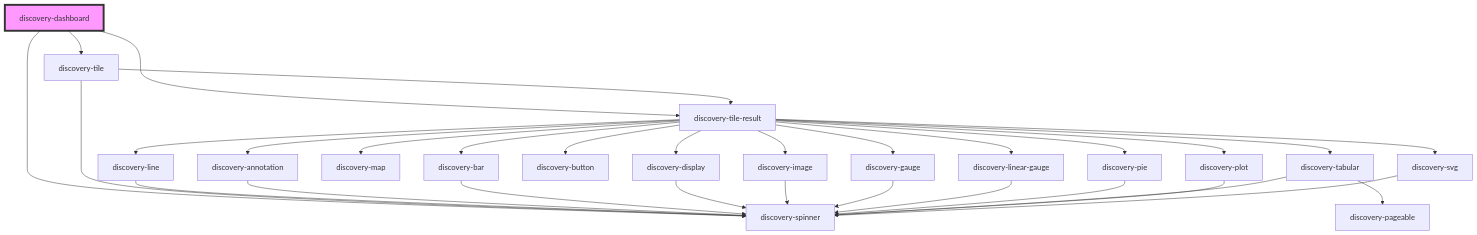
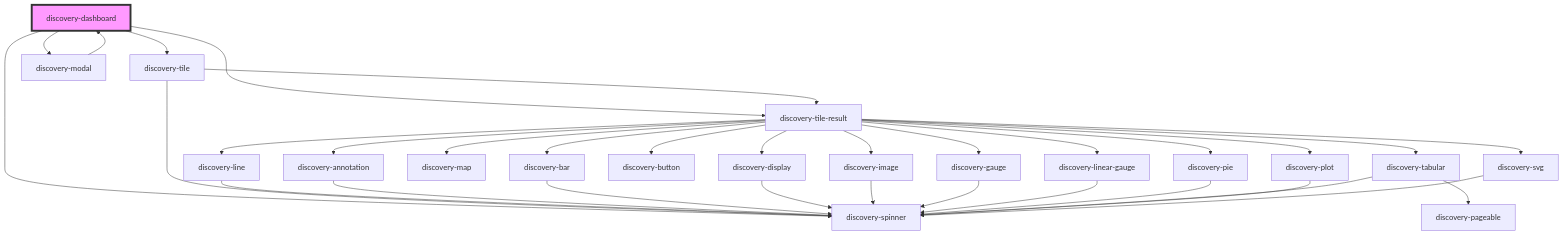
Before and after one commit to senx/discovery-widgets: the diagram in src/components/discovery-dashboard/readme.md, drawn with Mermaid. The commit also changed other lines of this file and 4 other files, not shown here.

````diff
--- a/src/components/discovery-dashboard/readme.md
+++ b/src/components/discovery-dashboard/readme.md
@@ -38,34 +44,36 @@
 ```mermaid
 graph TD;
   discovery-dashboard --> discovery-tile
   discovery-dashboard --> discovery-tile-result
+  discovery-dashboard --> discovery-modal
   discovery-dashboard --> discovery-spinner
   discovery-tile --> discovery-tile-result
   discovery-tile --> discovery-spinner
   discovery-tile-result --> discovery-line
   discovery-tile-result --> discovery-annotation
   discovery-tile-result --> discovery-bar
   discovery-tile-result --> discovery-display
   discovery-tile-result --> discovery-map
   discovery-tile-result --> discovery-image
   discovery-tile-result --> discovery-button
   discovery-tile-result --> discovery-gauge
   discovery-tile-result --> discovery-linear-gauge
   discovery-tile-result --> discovery-pie
   discovery-tile-result --> discovery-tabular
   discovery-tile-result --> discovery-plot
   discovery-tile-result --> discovery-svg
   discovery-line --> discovery-spinner
   discovery-annotation --> discovery-spinner
   discovery-bar --> discovery-spinner
   discovery-display --> discovery-spinner
   discovery-image --> discovery-spinner
   discovery-gauge --> discovery-spinner
   discovery-linear-gauge --> discovery-spinner
   discovery-pie --> discovery-spinner
   discovery-tabular --> discovery-spinner
   discovery-tabular --> discovery-pageable
   discovery-plot --> discovery-spinner
   discovery-svg --> discovery-spinner
+  discovery-modal --> discovery-dashboard
   style discovery-dashboard fill:#f9f,stroke:#333,stroke-width:4px
 ```
````
